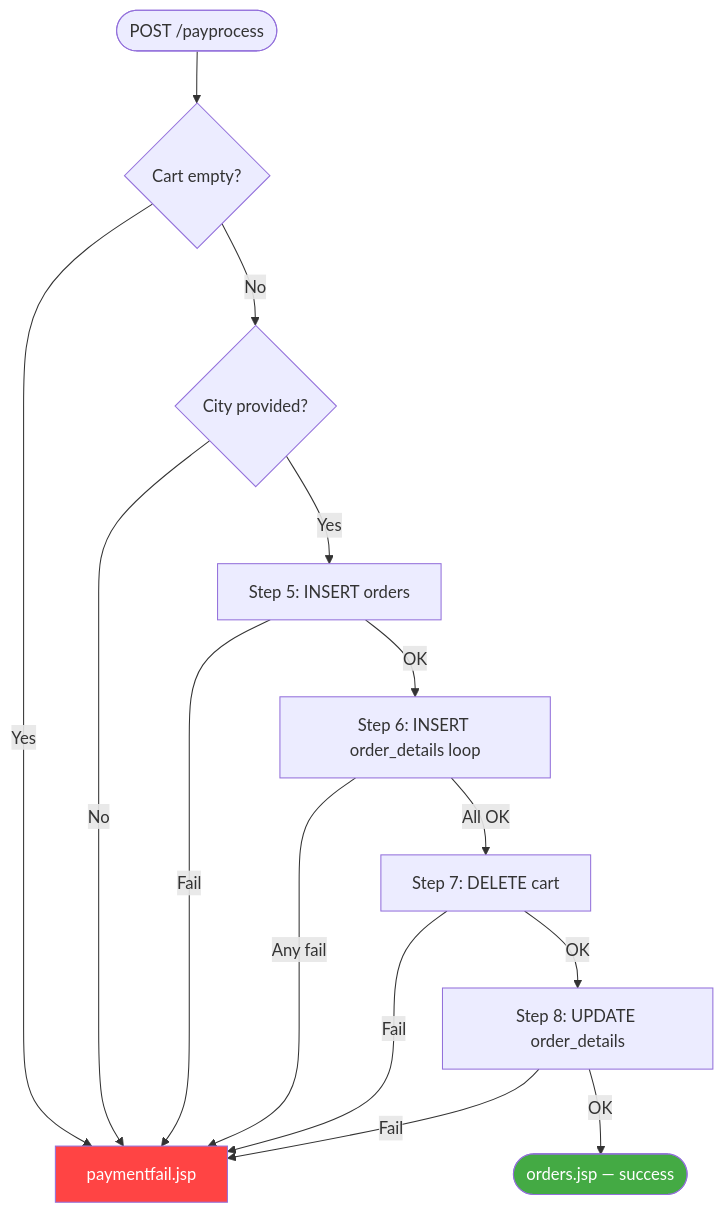
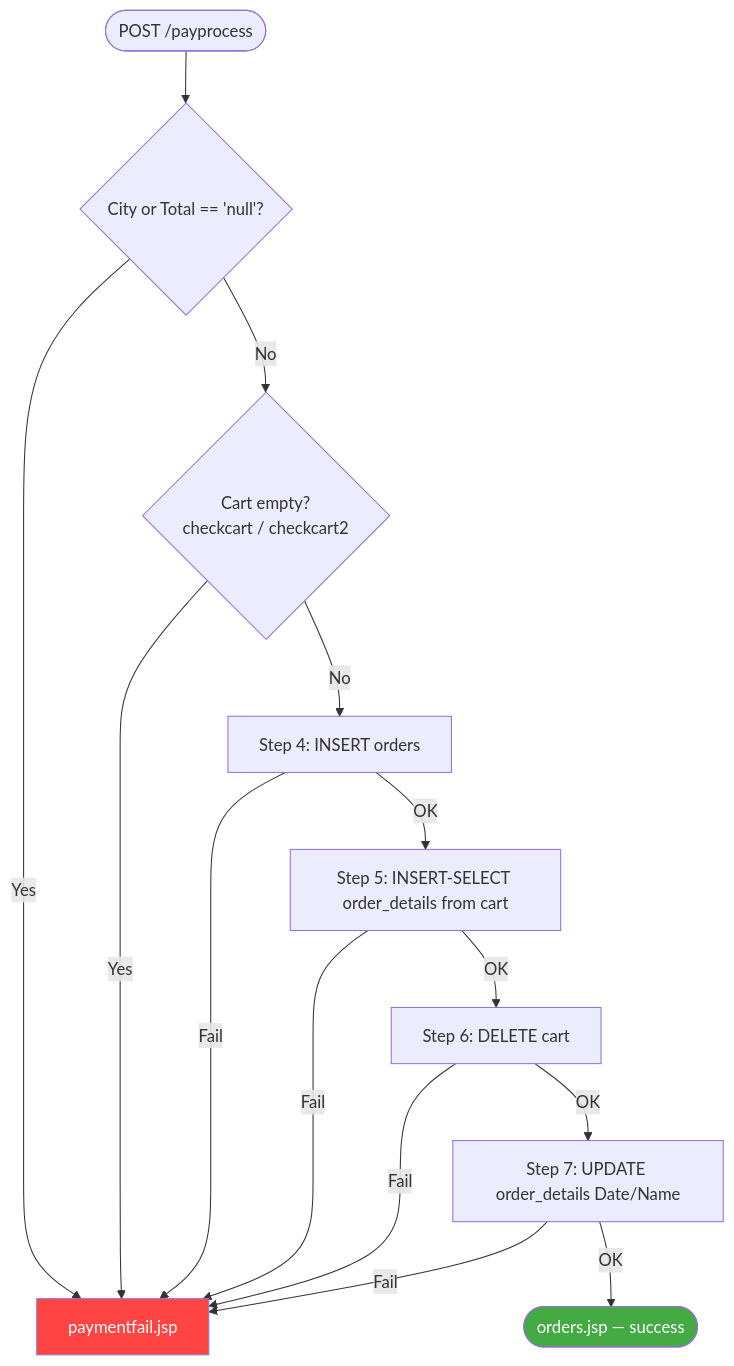
Before and after one commit to KGoovaer/EcommerceApplication: the first of 2 diagrams in docs/functional/flows/FF-003-checkout-order-flow.md, drawn with Mermaid. The commit also changed other lines of this file and 4 other files, not shown here.

````diff
--- a/docs/functional/flows/FF-003-checkout-order-flow.md
+++ b/docs/functional/flows/FF-003-checkout-order-flow.md
@@ -171,19 +183,19 @@
 ```mermaid
 flowchart TD
-    A([POST /payprocess]) --> B{Cart empty?}
+    A([POST /payprocess]) --> B{City or Total == 'null'?}
     B -->|Yes| FAIL[paymentfail.jsp]
-    B -->|No| C{City provided?}
-    C -->|No| FAIL
-    C -->|Yes| D[Step 5: INSERT orders]
+    B -->|No| C{Cart empty?\ncheckcart / checkcart2}
+    C -->|Yes| FAIL
+    C -->|No| D[Step 4: INSERT orders]
     D -->|Fail| FAIL
-    D -->|OK| E[Step 6: INSERT order_details loop]
-    E -->|Any fail| FAIL
-    E -->|All OK| F[Step 7: DELETE cart]
+    D -->|OK| E[Step 5: INSERT-SELECT order_details from cart]
+    E -->|Fail| FAIL
+    E -->|OK| F[Step 6: DELETE cart]
     F -->|Fail| FAIL
-    F -->|OK| G[Step 8: UPDATE order_details]
+    F -->|OK| G[Step 7: UPDATE order_details Date/Name]
     G -->|Fail| FAIL
     G -->|OK| H([orders.jsp — success])
 
     style FAIL fill:#f44,color:#fff
     style H fill:#4a4,color:#fff
 ```
````
